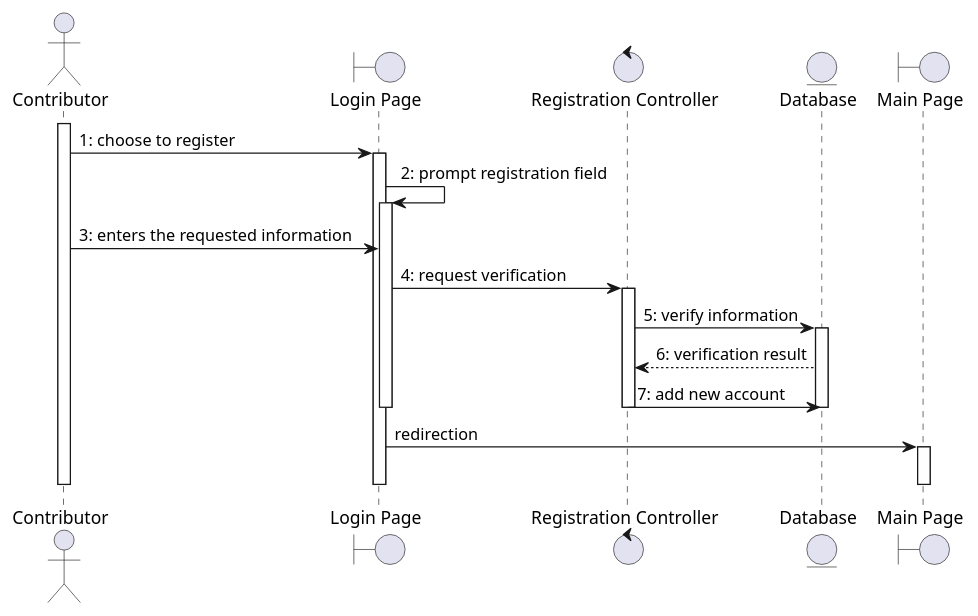
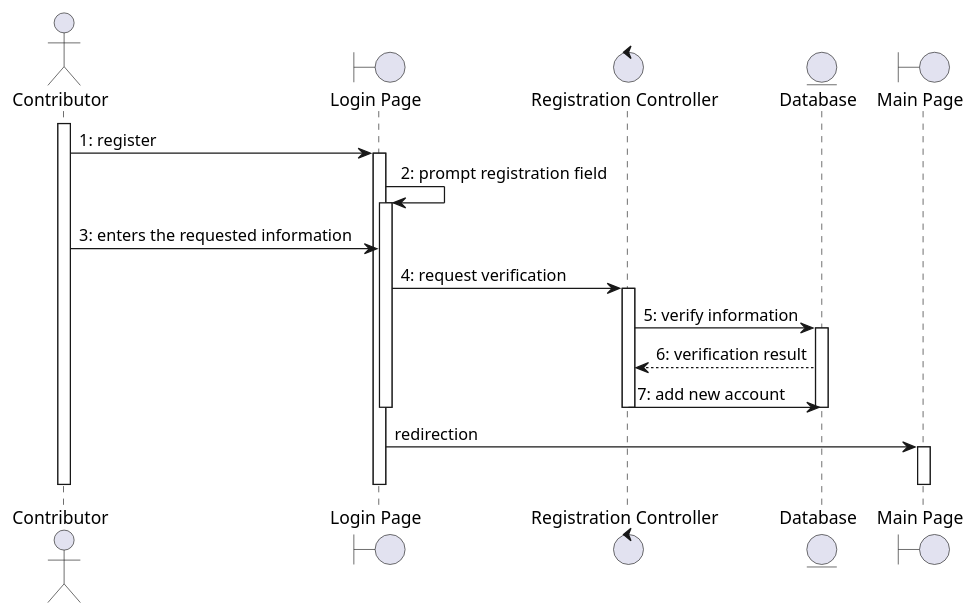
The third of 3 diagrams in source/solution/use-case-analysis.rst (McSinyx/ipppi), drawn with PlantUML before and after one commit.

```diff
--- a/source/solution/use-case-analysis.rst
+++ b/source/solution/use-case-analysis.rst
@@ -74,31 +74,31 @@
 .. uml::
 
    actor Contributor
    boundary "Login Page" as LP
    control "Registration Controller" as RC
    entity Database
    boundary "Main Page" as MP
 
    activate Contributor
-   Contributor -> LP : 1: choose to register
+   Contributor -> LP : 1: register
 
    activate LP
    LP -> LP : 2: prompt registration field
    activate LP
    Contributor -> LP : 3: enters the requested information
 
    LP -> RC : 4: request verification
    activate RC
    RC -> Database : 5: verify information
    activate Database
    Database --> RC : 6: verification result
    RC -> Database : 7: add new account 
    deactivate Database
    deactivate RC
 
    deactivate LP
    LP -> MP : redirection
    activate MP
    deactivate MP
    deactivate LP
    deactivate Contributor
```
